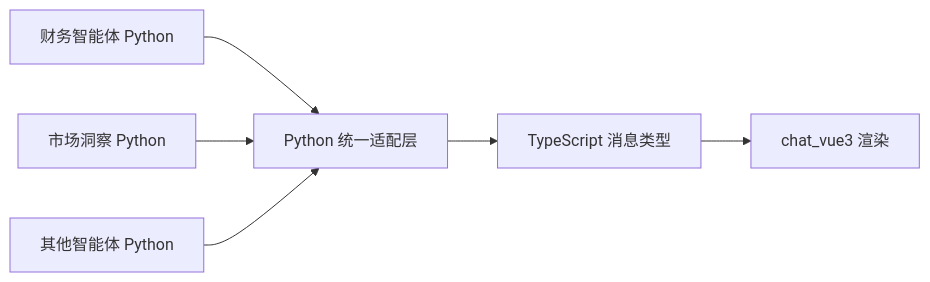
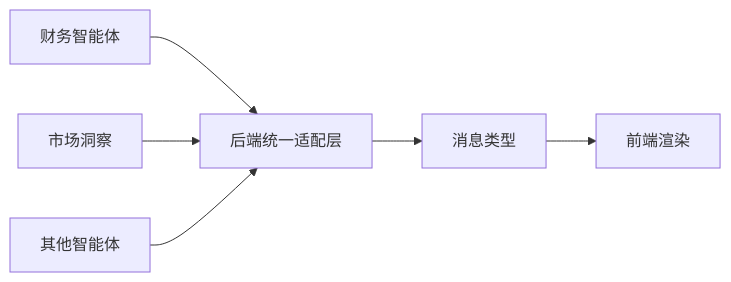
Before and after one commit to swipth/work-report: the sixth of 8 diagrams in reports/2026-05-26/index.md, drawn with Mermaid. The commit also changed other lines of this file and 18 other files, not shown here.

````diff
--- a/reports/2026-05-26/index.md
+++ b/reports/2026-05-26/index.md
@@ -137,8 +137,8 @@
 ```mermaid
 flowchart LR
-  A1["财务智能体 Python"] --> Adapter["Python 统一适配层"]
-  A2["市场洞察 Python"] --> Adapter
-  A3["其他智能体 Python"] --> Adapter
-  Adapter --> Schema["TypeScript 消息类型"]
-  Schema --> FE["chat_vue3 渲染"]
+  A1["财务智能体"] --> Adapter["后端统一适配层"]
+  A2["市场洞察"] --> Adapter
+  A3["其他智能体"] --> Adapter
+  Adapter --> Schema["消息类型"]
+  Schema --> FE["前端渲染"]
 ```
````
